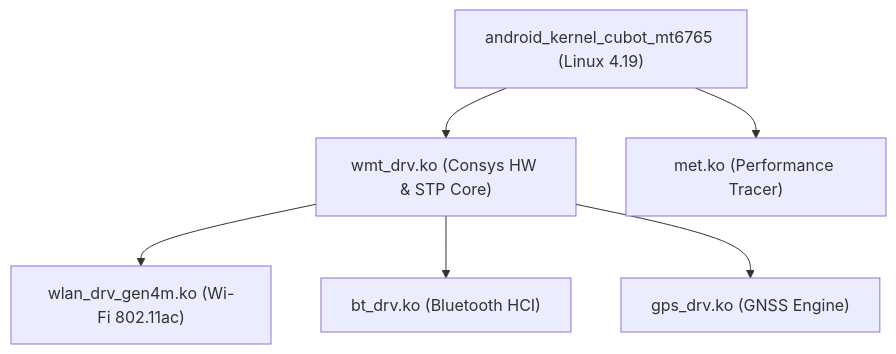
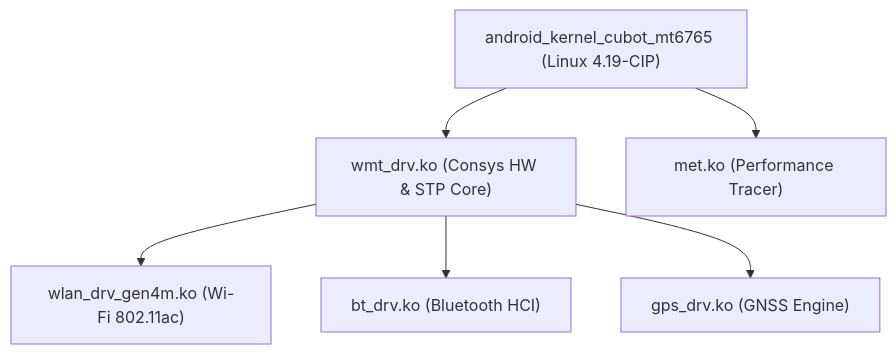
The diagram in README.md (kelexine/android_kernel_modules_cubot_mt6765), drawn with Mermaid before and after one commit. The commit also changed other lines of this file, not shown here.

First line of the commit message:
docs(modules): update README for Clang 21+ and Linux 4.19-CIP

````diff
--- a/README.md
+++ b/README.md
@@ -103,15 +102,15 @@
 ```mermaid
 graph TD
-    Kernel["android_kernel_cubot_mt6765 (Linux 4.19)"]
+    Kernel["android_kernel_cubot_mt6765 (Linux 4.19-CIP)"]
     WMT["wmt_drv.ko (Consys HW & STP Core)"]
     WLAN["wlan_drv_gen4m.ko (Wi-Fi 802.11ac)"]
     BT["bt_drv.ko (Bluetooth HCI)"]
     GPS["gps_drv.ko (GNSS Engine)"]
     MET["met.ko (Performance Tracer)"]
 
     Kernel --> WMT
     WMT --> WLAN
     WMT --> BT
     WMT --> GPS
     Kernel --> MET
 ```
````
